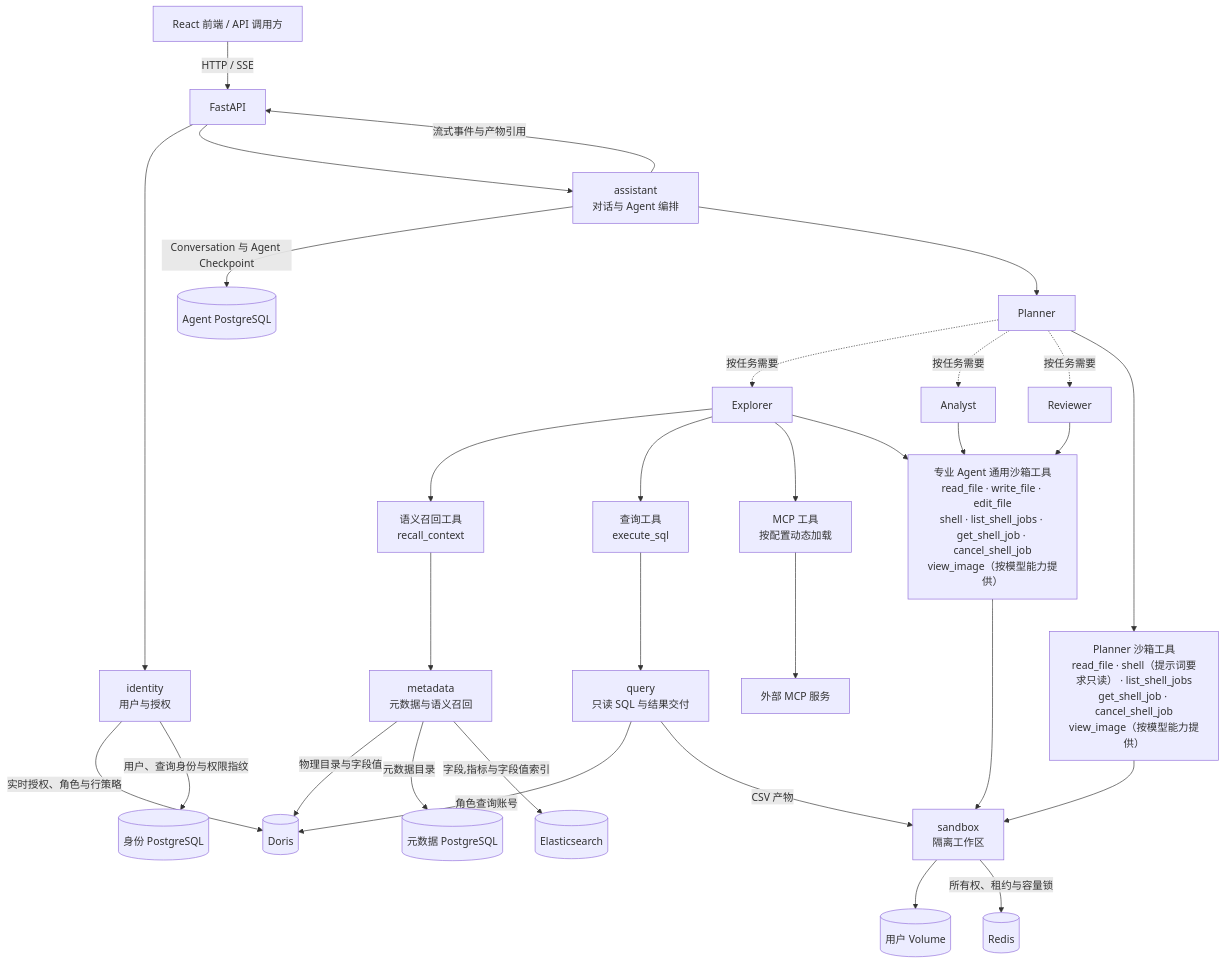
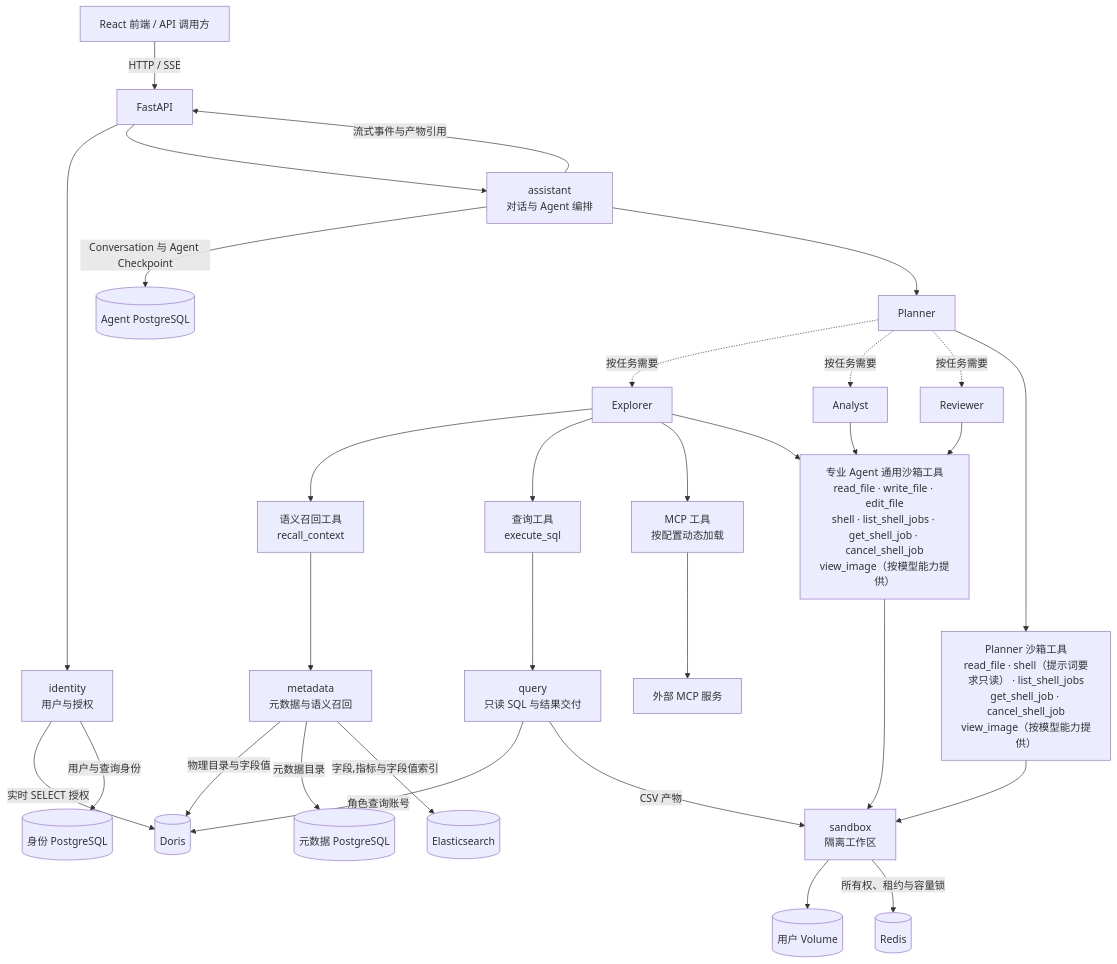
Before and after one commit to 2739673455/dataagent: the first of 4 diagrams in docs/00_架构与协作总览.md, drawn with Mermaid. The commit also changed other lines of this file and 19 other files, not shown here.

````diff
--- a/docs/00_架构与协作总览.md
+++ b/docs/00_架构与协作总览.md
@@ -7,35 +7,35 @@
 ```mermaid
 flowchart TD
     U[React 前端 / API 调用方] -->|HTTP / SSE| API[FastAPI]
     API --> I[identity<br/>用户与授权]
     API --> A[assistant<br/>对话与 Agent 编排]
     A -->|Conversation 与 Agent Checkpoint| AGENT_PG[(Agent PostgreSQL)]
     A -->|流式事件与产物引用| API
     A --> P[Planner]
     P -. 按任务需要 .-> E[Explorer]
     P -. 按任务需要 .-> N[Analyst]
     P -. 按任务需要 .-> R[Reviewer]
 
     E --> RECALL["语义召回工具<br/>recall_context"]
     E --> SQL["查询工具<br/>execute_sql"]
     E --> MCP["MCP 工具<br/>按配置动态加载"]
     E --> FILES["专业 Agent 通用沙箱工具<br/>read_file · write_file · edit_file<br/>shell · list_shell_jobs · get_shell_job · cancel_shell_job<br/>view_image（按模型能力提供）"]
     N --> FILES
     R --> FILES
     P --> PFILES["Planner 沙箱工具<br/>read_file · shell（提示词要求只读） · list_shell_jobs<br/>get_shell_job · cancel_shell_job<br/>view_image（按模型能力提供）"]
 
     RECALL --> M[metadata<br/>元数据与语义召回]
     SQL --> Q[query<br/>只读 SQL 与结果交付]
     MCP --> X[外部 MCP 服务]
     FILES --> S[sandbox<br/>隔离工作区]
     PFILES --> S
     Q -->|角色查询账号| D[(Doris)]
-    I -->|实时授权、角色与行策略| D
+    I -->|实时 SELECT 授权| D
     M -->|物理目录与字段值| D
     Q -->|CSV 产物| S
     S --> VOL[(用户 Volume)]
     S -->|所有权、租约与容量锁| REDIS[(Redis)]
-    I -->|用户、查询身份与权限指纹| AUTH_PG[(身份 PostgreSQL)]
+    I -->|用户与查询身份| AUTH_PG[(身份 PostgreSQL)]
     M -->|元数据目录| META_PG[(元数据 PostgreSQL)]
     M -->|字段,指标与字段值索引| ES[(Elasticsearch)]
 ```
````
